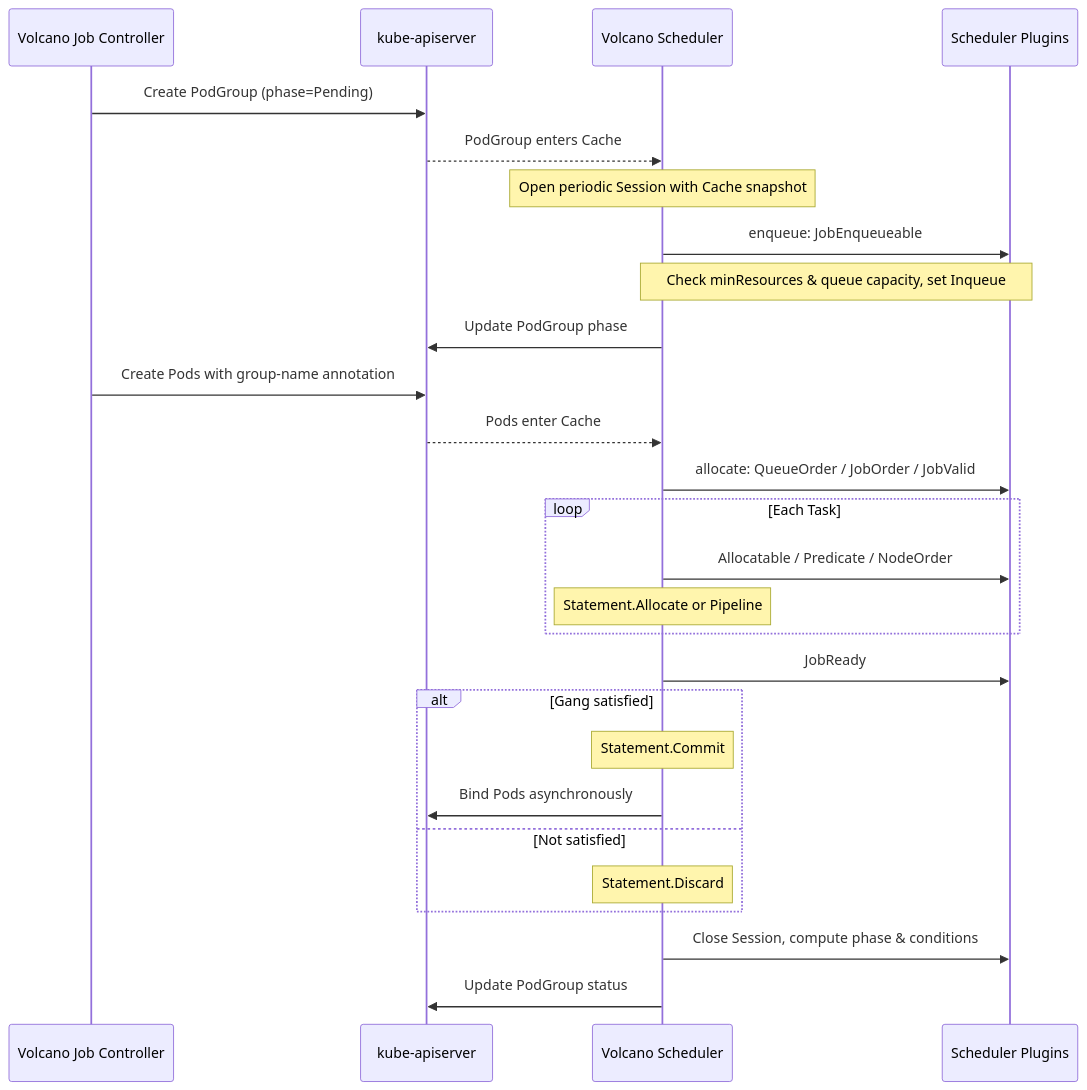
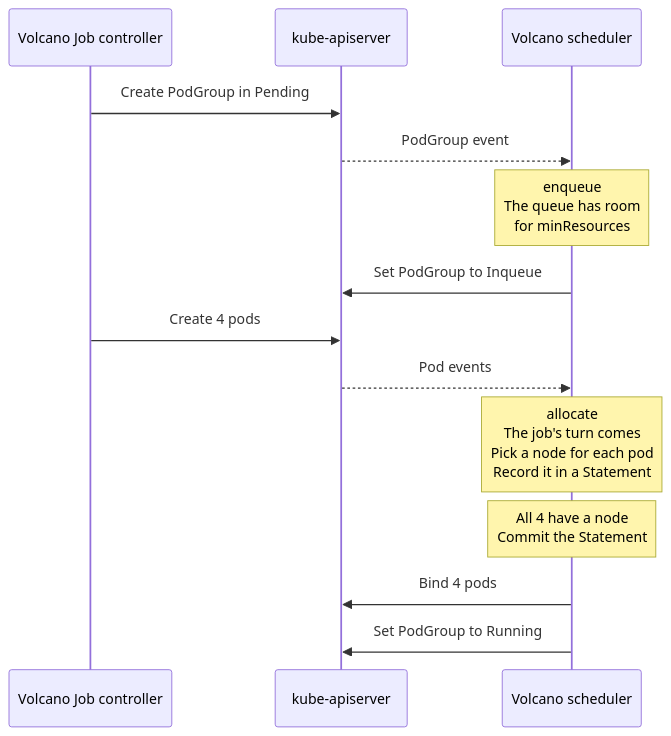
The fifth of 13 diagrams in docs/research/k8s-workload-aware-scheduling-vs-volcano.md (JesseStutler/volcano), drawn with Mermaid before and after one commit. The commit also changed other lines of this file and 1 other file, not shown here.

First line of the commit message:
docs: rewrite the upstream PodGroup comparison for readability

````diff
--- a/docs/research/k8s-workload-aware-scheduling-vs-volcano.md
+++ b/docs/research/k8s-workload-aware-scheduling-vs-volcano.md
@@ -249,30 +285,17 @@
 ```mermaid
 sequenceDiagram
-    participant C as Volcano Job Controller
+    participant C as Volcano Job controller
     participant A as kube-apiserver
-    participant S as Volcano Scheduler
-    participant P as Scheduler Plugins
+    participant S as Volcano scheduler
 
-    C->>A: Create PodGroup (phase=Pending)
-    A-->>S: PodGroup enters Cache
-    Note over S: Open periodic Session with Cache snapshot
-    S->>P: enqueue: JobEnqueueable
-    Note over S,P: Check minResources & queue capacity, set Inqueue
-    S->>A: Update PodGroup phase
-    C->>A: Create Pods with group-name annotation
-    A-->>S: Pods enter Cache
-    S->>P: allocate: QueueOrder / JobOrder / JobValid
-    loop Each Task
-        S->>P: Allocatable / Predicate / NodeOrder
-        Note over S: Statement.Allocate or Pipeline
-    end
-    S->>P: JobReady
-    alt Gang satisfied
-        Note over S: Statement.Commit
-        S->>A: Bind Pods asynchronously
-    else Not satisfied
-        Note over S: Statement.Discard
-    end
-    S->>P: Close Session, compute phase & conditions
-    S->>A: Update PodGroup status
+    C->>A: Create PodGroup in Pending
+    A-->>S: PodGroup event
+    Note over S: enqueue<br/>The queue has room<br/>for minResources
+    S->>A: Set PodGroup to Inqueue
+    C->>A: Create 4 pods
+    A-->>S: Pod events
+    Note over S: allocate<br/>The job's turn comes<br/>Pick a node for each pod<br/>Record it in a Statement
+    Note over S: All 4 have a node<br/>Commit the Statement
+    S->>A: Bind 4 pods
+    S->>A: Set PodGroup to Running
 ```
````
